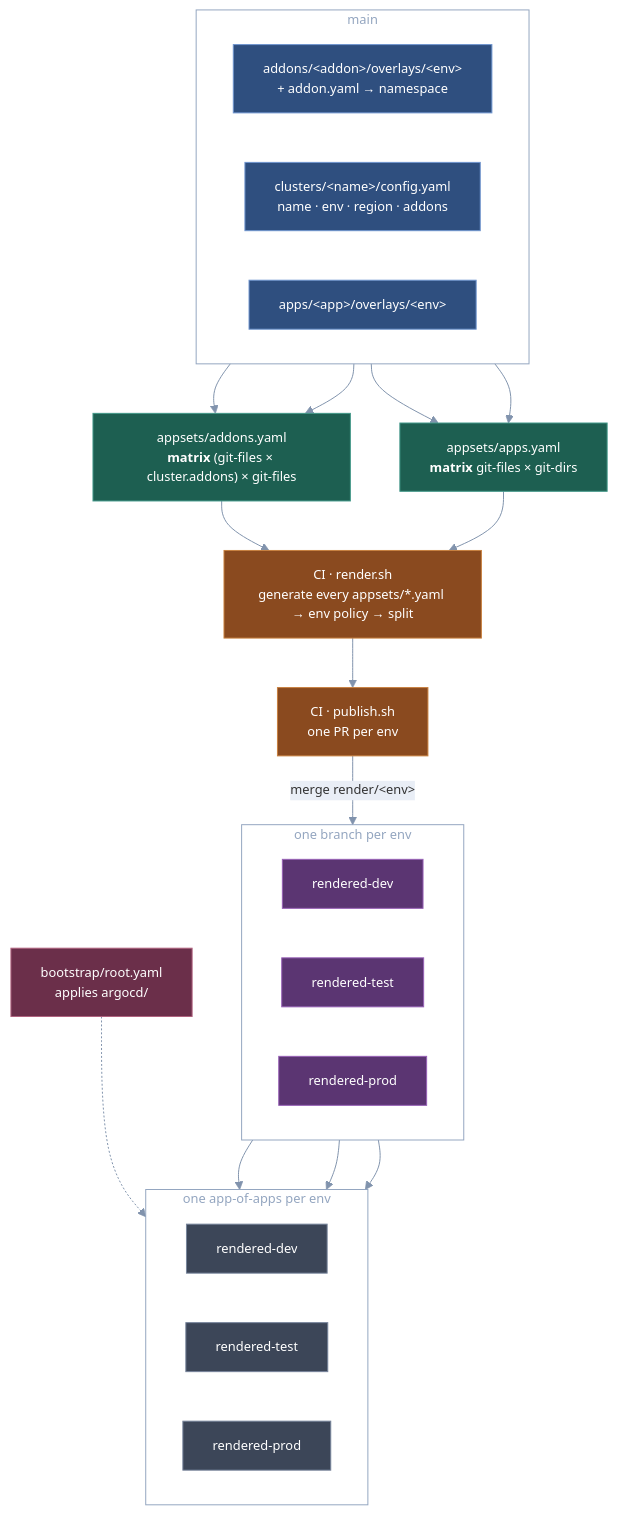
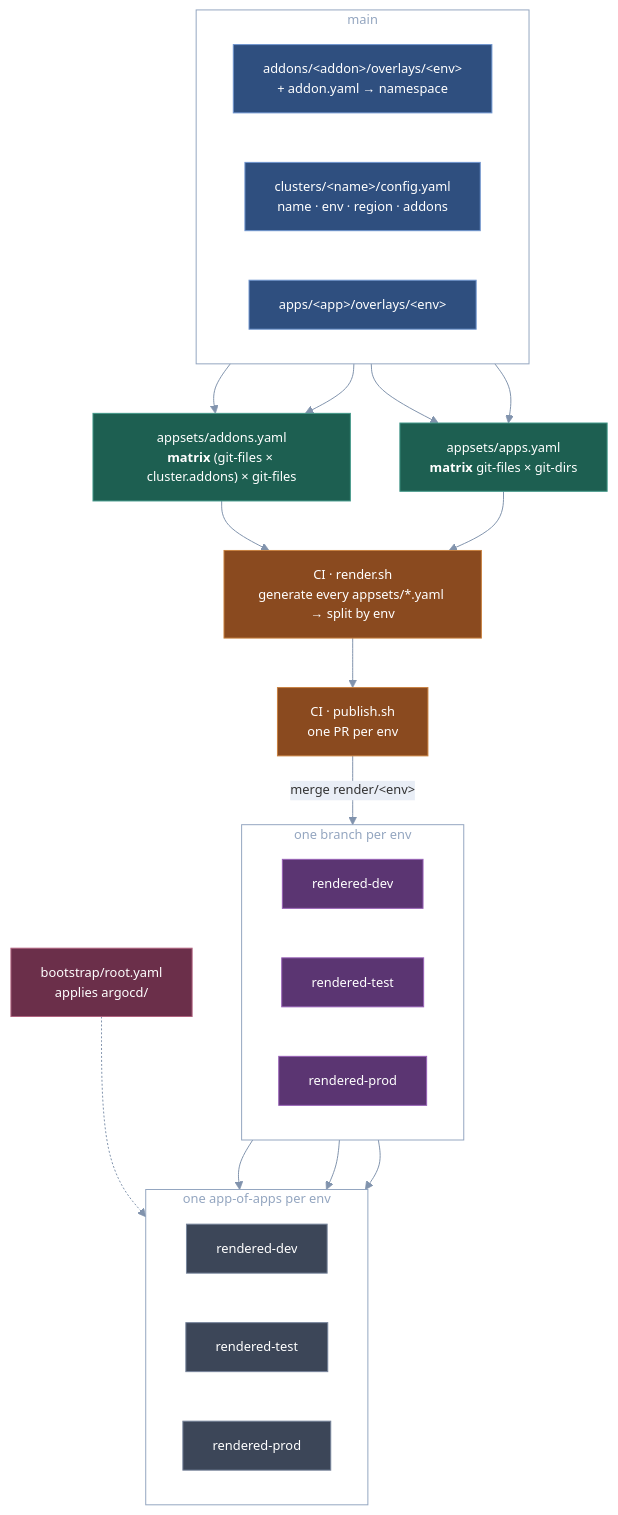
One commit to 34fathombelow/rendered-appset-manifest changed the diagram in README.md. Above: the diagram before and after it, drawn with Mermaid. The commit also changed other lines of this file and 6 other files, not shown here.

````diff
--- a/README.md
+++ b/README.md
@@ -14,67 +14,67 @@
 ```mermaid
 %%{init: {'theme':'base','themeVariables':{
   'fontFamily':'ui-sans-serif,-apple-system,Segoe UI,Helvetica,sans-serif',
   'fontSize':'13px',
   'lineColor':'#8193ad',
   'clusterBkg':'transparent',
   'clusterBorder':'#94a6c0',
   'textColor':'#94a6c0',
   'titleColor':'#94a6c0',
   'edgeLabelBackground':'#e9eef6'
 }}}%%
 flowchart TD
   subgraph SRC["main"]
     direction LR
     D["addons/&lt;addon&gt;/overlays/&lt;env&gt;<br/>+ addon.yaml → namespace"]
     C["clusters/&lt;name&gt;/config.yaml<br/>name · env · region · addons"]
     A["apps/&lt;app&gt;/overlays/&lt;env&gt;"]
   end
 
   AS2["appsets/addons.yaml<br/><b>matrix</b> (git-files × cluster.addons) × git-files"]
   AS1["appsets/apps.yaml<br/><b>matrix</b> git-files × git-dirs"]
 
   D --> AS2
   C --> AS2
   C --> AS1
   A --> AS1
 
-  RS["CI · render.sh<br/>generate every appsets/*.yaml → env policy → split"]
+  RS["CI · render.sh<br/>generate every appsets/*.yaml → split by env"]
   AS2 --> RS
   AS1 --> RS
 
   PR["CI · publish.sh<br/>one PR per env"]
   RS --> PR
 
   subgraph OUT["one branch per env"]
     direction LR
     R1["rendered-dev"]
     R2["rendered-test"]
     R3["rendered-prod"]
   end
   PR -- "merge render/&lt;env&gt;" --> OUT
 
   subgraph LIVE["one app-of-apps per env"]
     direction LR
     AOA1["rendered-dev"]
     AOA2["rendered-test"]
     AOA3["rendered-prod"]
   end
   R1 --> AOA1
   R2 --> AOA2
   R3 --> AOA3
   BOOT["bootstrap/root.yaml<br/>applies argocd/"] -.-> LIVE
 
   classDef src    fill:#2f4f7f,stroke:#6f95cf,color:#ffffff,stroke-width:1px
   classDef appset fill:#1d5f51,stroke:#43998a,color:#ffffff,stroke-width:1px
   classDef ci     fill:#8a4a1f,stroke:#c8803f,color:#ffffff,stroke-width:1px
   classDef branch fill:#5b3572,stroke:#9760b6,color:#ffffff,stroke-width:1px
   classDef run    fill:#3c4658,stroke:#77849b,color:#ffffff,stroke-width:1px
   classDef ext    fill:#6b2f4a,stroke:#b1637f,color:#ffffff,stroke-width:1px
 
   class C,A,D src
   class AS1,AS2 appset
   class RS,PR ci
   class R1,R2,R3 branch
   class AOA1,AOA2,AOA3 run
   class BOOT ext
 ```
````
